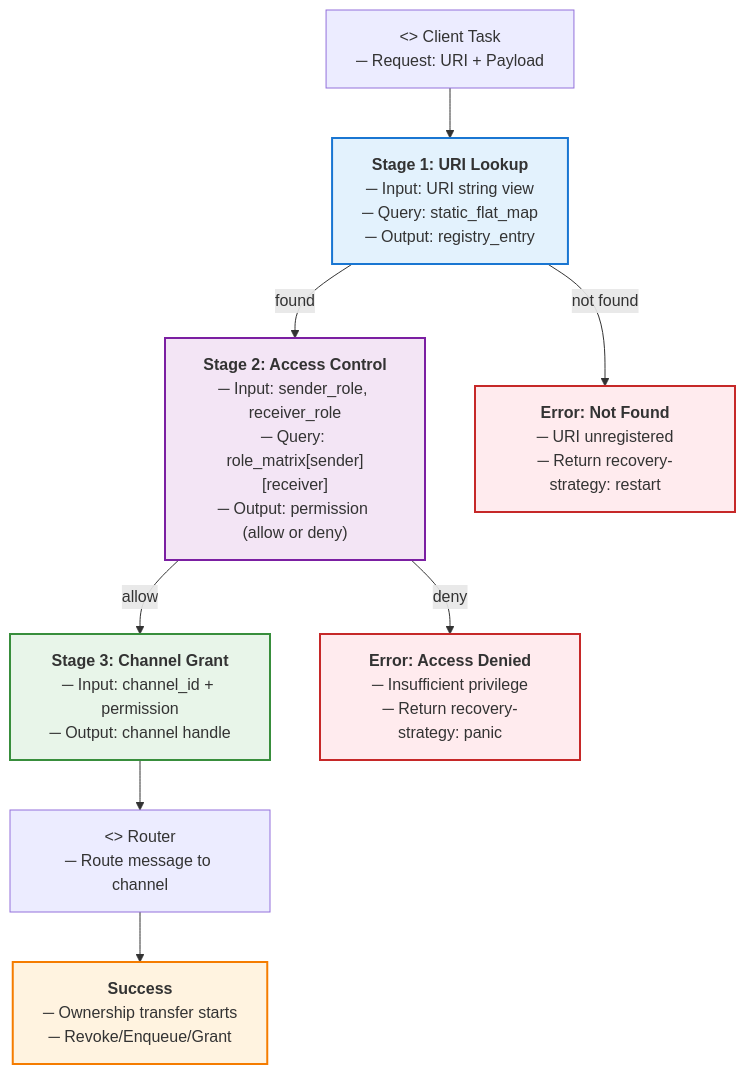
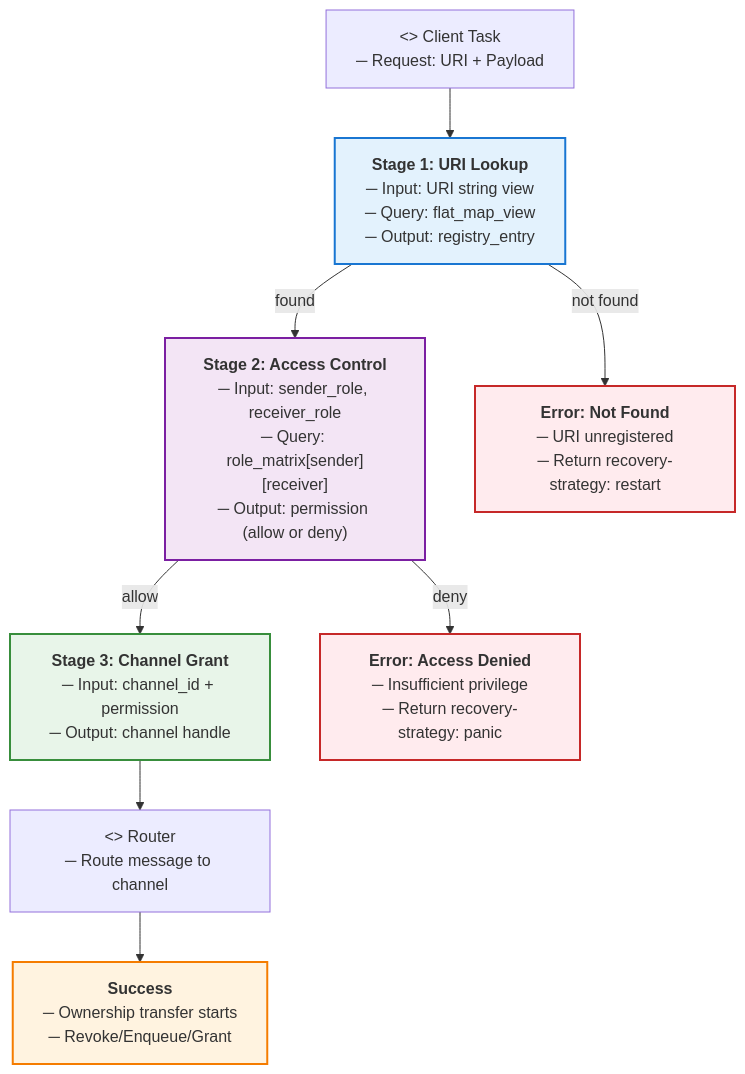
One commit to kmt-t/fireball changed the second of 6 diagrams in docs/components/tier1_interface/ipc_router.md. Above: the diagram before and after it, drawn with Mermaid. The commit also changed other lines of this file and 20 other files, not shown here.

````diff
--- a/docs/components/tier1_interface/ipc_router.md
+++ b/docs/components/tier1_interface/ipc_router.md
@@ -209,33 +209,33 @@
 ```mermaid
 graph TD
     Client["<<block>> Client Task<br/>─ Request: URI + Payload"]
     
-    Lookup["<b>Stage 1: URI Lookup</b><br/>─ Input: URI string view<br/>─ Query: static_flat_map<br/>─ Output: registry_entry"]
+    Lookup["<b>Stage 1: URI Lookup</b><br/>─ Input: URI string view<br/>─ Query: flat_map_view<br/>─ Output: registry_entry"]
     
     ACCheck["<b>Stage 2: Access Control</b><br/>─ Input: sender_role, receiver_role<br/>─ Query: role_matrix[sender][receiver]<br/>─ Output: permission (allow or deny)"]
     
     ChGrant["<b>Stage 3: Channel Grant</b><br/>─ Input: channel_id + permission<br/>─ Output: channel handle"]
     
     Router["<<block>> Router<br/>─ Route message to channel"]
     
     Error1["<b>Error: Not Found</b><br/>─ URI unregistered<br/>─ Return recovery-strategy: restart"]
     
     Error2["<b>Error: Access Denied</b><br/>─ Insufficient privilege<br/>─ Return recovery-strategy: panic"]
     
     Success["<b>Success</b><br/>─ Ownership transfer starts<br/>─ Revoke/Enqueue/Grant"]
     
     Client --> Lookup
     Lookup -->|found| ACCheck
     Lookup -->|not found| Error1
     ACCheck -->|allow| ChGrant
     ACCheck -->|deny| Error2
     ChGrant --> Router
     Router --> Success
     
     style Lookup fill:#e3f2fd,stroke:#1976d2,stroke-width:2px
     style ACCheck fill:#f3e5f5,stroke:#7b1fa2,stroke-width:2px
     style ChGrant fill:#e8f5e9,stroke:#388e3c,stroke-width:2px
     style Success fill:#fff3e0,stroke:#f57c00,stroke-width:2px
     style Error1 fill:#ffebee,stroke:#c62828,stroke-width:2px
     style Error2 fill:#ffebee,stroke:#c62828,stroke-width:2px
 ```
````
